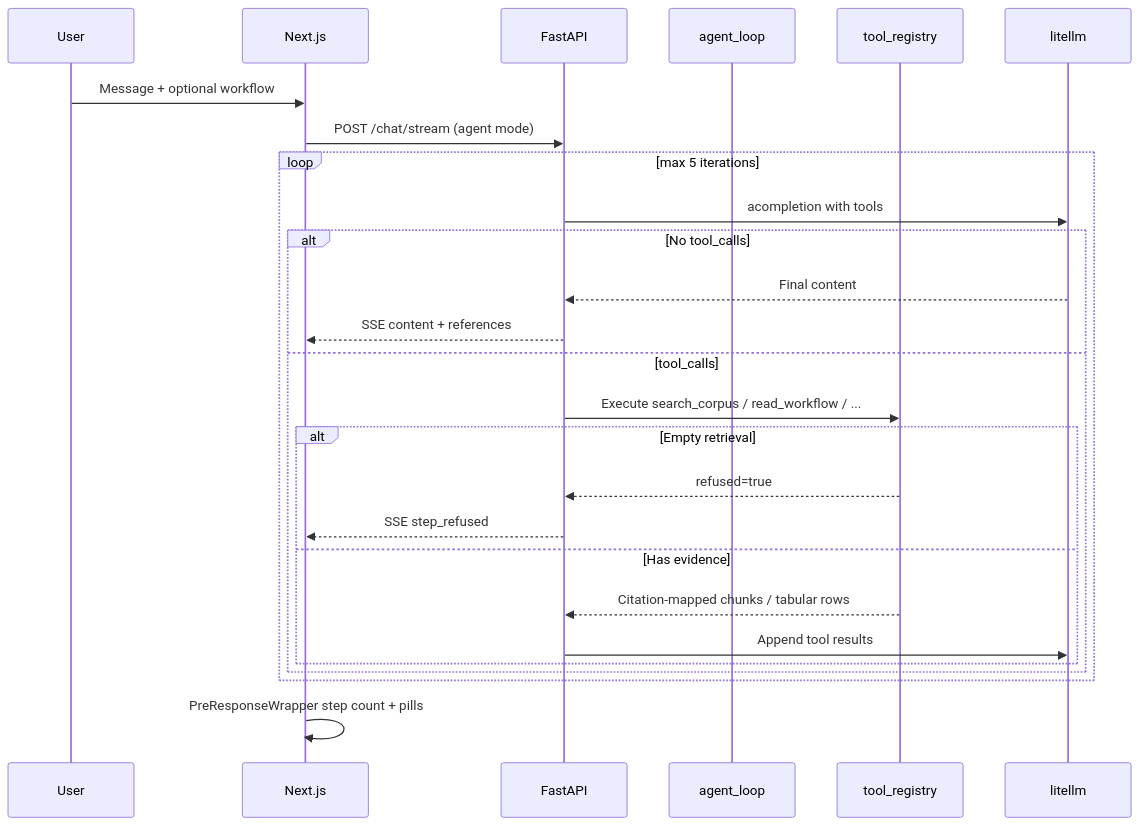
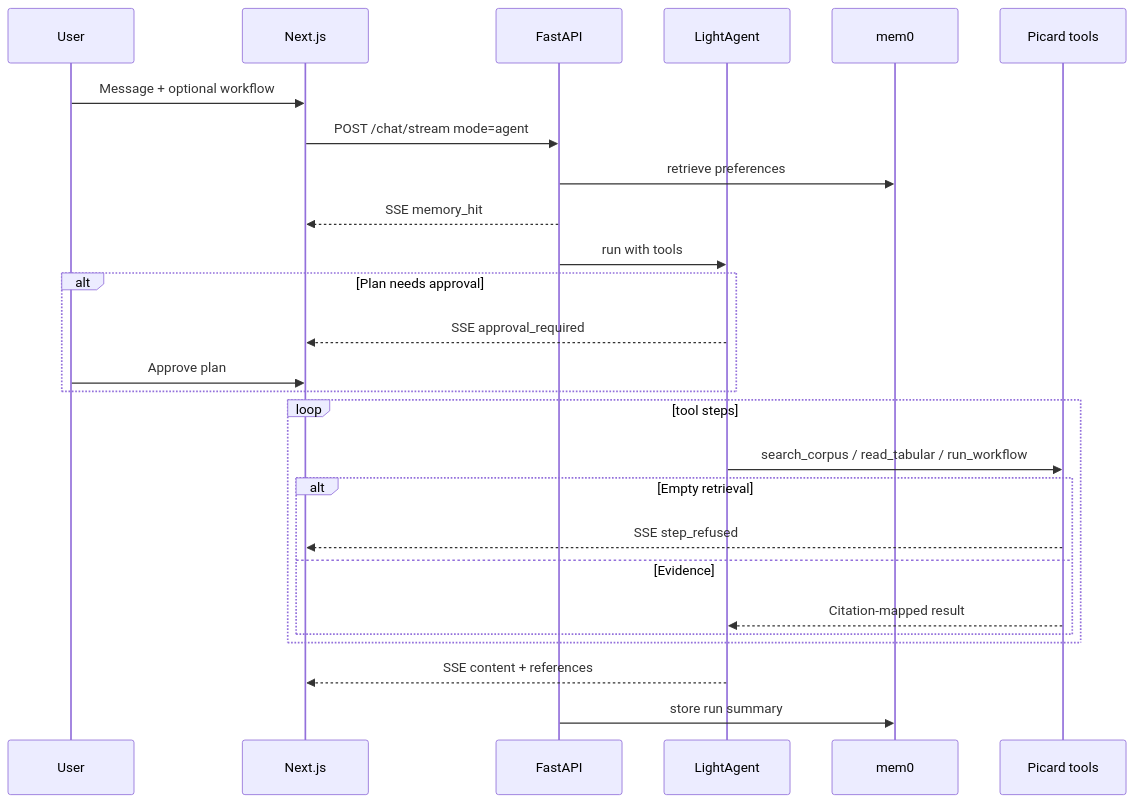
One commit to iamsaurabhc/picard-oss changed the sixth of 15 diagrams in docs/ARCHITECTURE.md. Above: the diagram before and after it, drawn with Mermaid. The commit also changed other lines of this file and 31 other files, not shown here.

First line of the commit message:
Implement Phase 6: Workflow Library and Enhance Chat Integration

````diff
--- a/docs/ARCHITECTURE.md
+++ b/docs/ARCHITECTURE.md
@@ -593,29 +898,29 @@
 ```mermaid
 sequenceDiagram
   participant U as User
   participant FE as Next.js
   participant API as FastAPI
-  participant Agent as agent_loop
-  participant Tools as tool_registry
-  participant LLM as litellm
+  participant LA as LightAgent
+  participant M0 as mem0
+  participant Tools as Picard tools
 
   U->>FE: Message + optional workflow
-  FE->>API: POST /chat/stream (agent mode)
-  loop max 5 iterations
-    API->>LLM: acompletion with tools
-    alt No tool_calls
-      LLM-->>API: Final content
-      API-->>FE: SSE content + references
-    else tool_calls
-      API->>Tools: Execute search_corpus / read_workflow / ...
-      alt Empty retrieval
-        Tools-->>API: refused=true
-        API-->>FE: SSE step_refused
-      else Has evidence
-        Tools-->>API: Citation-mapped chunks / tabular rows
-        API->>LLM: Append tool results
-      end
+  FE->>API: POST /chat/stream mode=agent
+  API->>M0: retrieve preferences
+  API-->>FE: SSE memory_hit
+  API->>LA: run with tools
+  alt Plan needs approval
+    LA-->>FE: SSE approval_required
+    U->>FE: Approve plan
+  end
+  loop tool steps
+    LA->>Tools: search_corpus / read_tabular / run_workflow
+    alt Empty retrieval
+      Tools-->>FE: SSE step_refused
+    else Evidence
+      Tools-->>LA: Citation-mapped result
     end
   end
-  FE->>FE: PreResponseWrapper step count + pills
+  LA-->>FE: SSE content + references
+  API->>M0: store run summary
 ```
````
